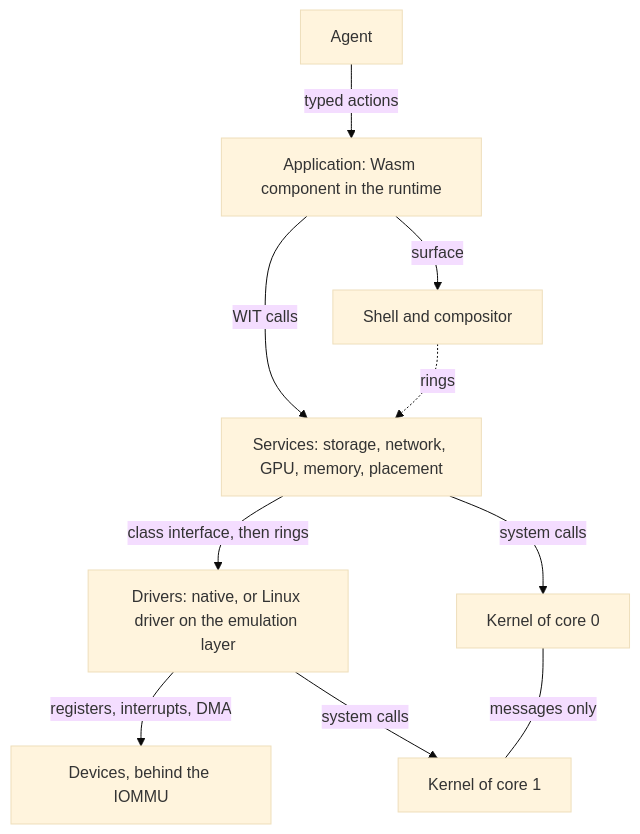
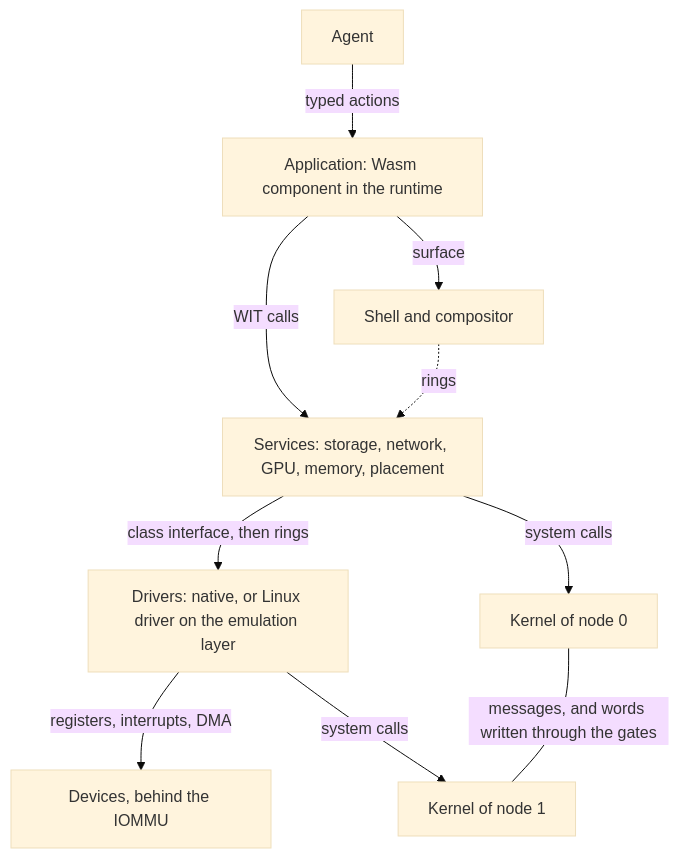
The diagram in architecture/overview.md (LES-RATS/dodos-doc), drawn with Mermaid (base theme) before and after one commit. The commit also changed other lines of this file and 9 other files, not shown here.

Commit message:
Tree: nodes of one or several cores (D-128) in place of one kernel per core outside the contract; signing keys told apart from publisher keys

````diff
--- a/architecture/overview.md
+++ b/architecture/overview.md
@@ -32,21 +32,21 @@
 ```mermaid
 flowchart TD
     agent["Agent"]
     app["Application: Wasm component in the runtime"]
     shell["Shell and compositor"]
     svc["Services: storage, network, GPU, memory, placement"]
     drv["Drivers: native, or Linux driver on the emulation layer"]
     dev["Devices, behind the IOMMU"]
-    k0["Kernel of core 0"]
-    k1["Kernel of core 1"]
+    k0["Kernel of node 0"]
+    k1["Kernel of node 1"]
 
     agent -->|typed actions| app
     app -->|WIT calls| svc
     app -->|surface| shell
     shell -.->|rings| svc
     svc -->|class interface, then rings| drv
     drv -->|registers, interrupts, DMA| dev
     svc -->|system calls| k0
     drv -->|system calls| k1
-    k0 ---|messages only| k1
+    k0 ---|messages, and words written through the gates| k1
 ```
````
